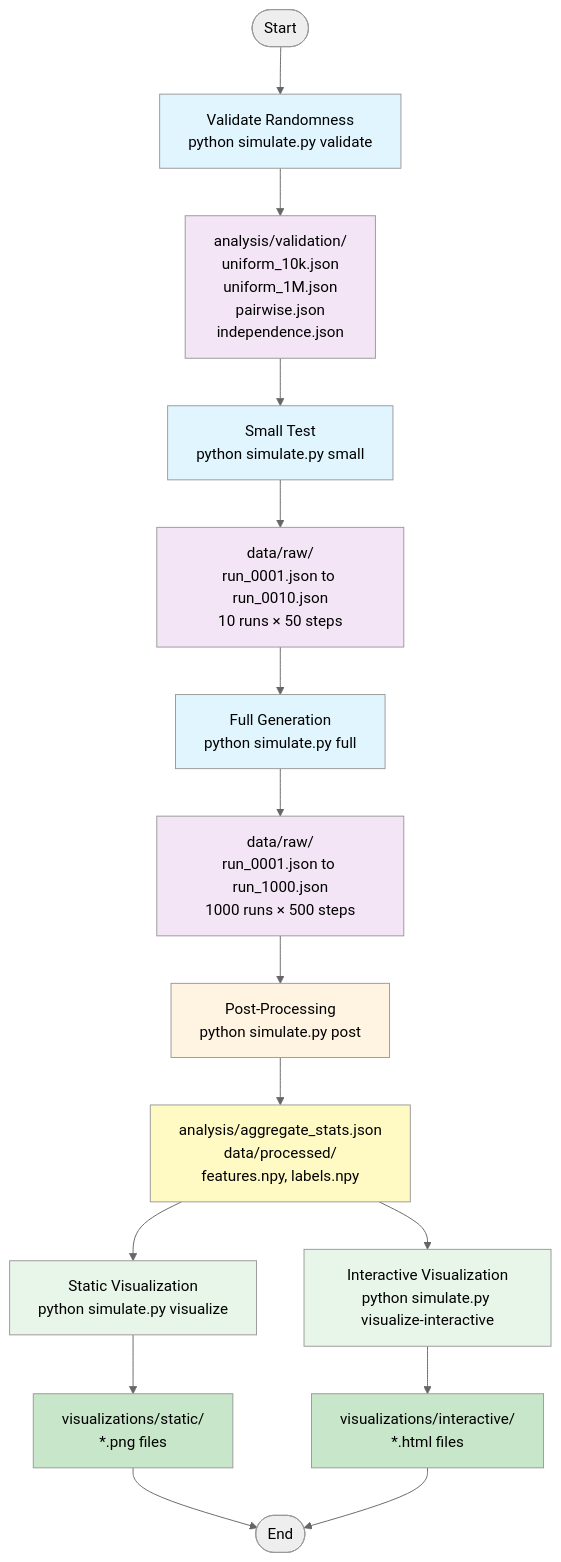
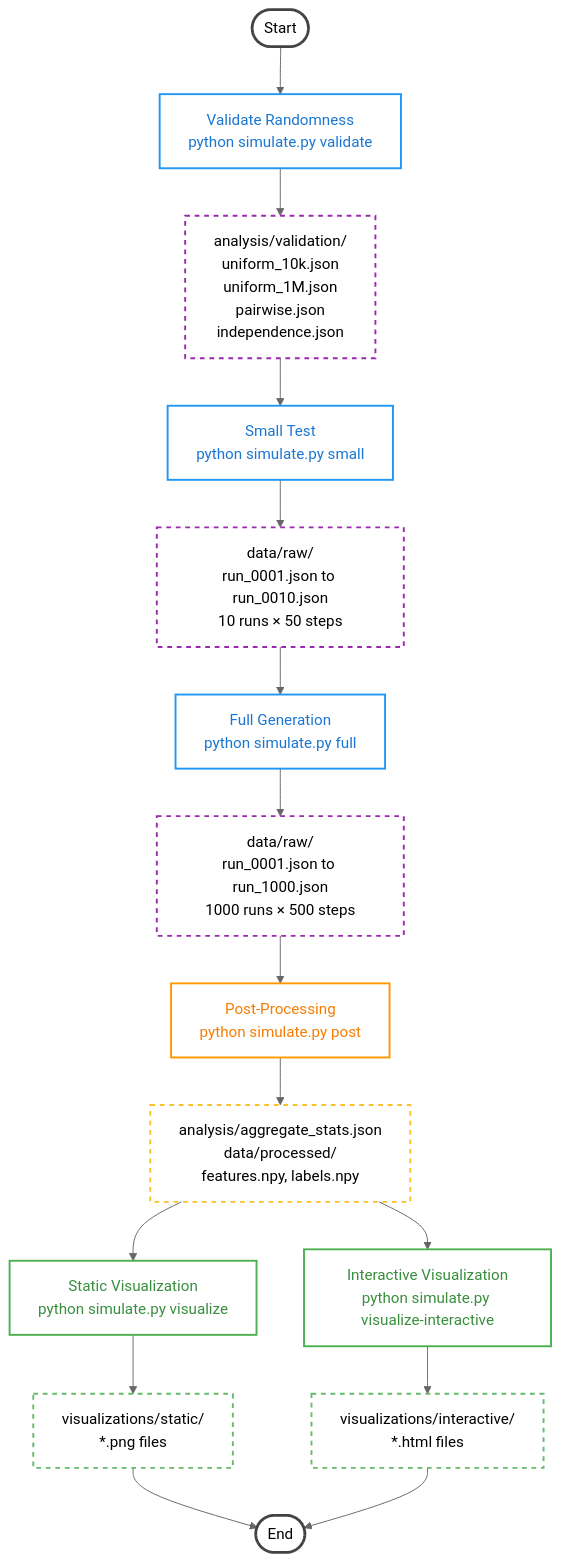
Before and after one commit to Brishian427/arrow-voting-simulator: the diagram in README.md, drawn with Mermaid (neutral theme).

Commit message:
Make mermaid diagram backgrounds transparent with colored borders

````diff
--- a/README.md
+++ b/README.md
@@ -24,36 +24,38 @@
 ```mermaid
 flowchart TD
     Start([Start]) --> Validate[Validate Randomness<br/>python simulate.py validate]
     Validate --> ValOutput[analysis/validation/<br/>uniform_10k.json<br/>uniform_1M.json<br/>pairwise.json<br/>independence.json]
     
     ValOutput --> Small[Small Test<br/>python simulate.py small]
     Small --> SmallOutput[data/raw/<br/>run_0001.json to run_0010.json<br/>10 runs × 50 steps]
     
     SmallOutput --> Full[Full Generation<br/>python simulate.py full]
     Full --> FullOutput[data/raw/<br/>run_0001.json to run_1000.json<br/>1000 runs × 500 steps]
     
     FullOutput --> Post[Post-Processing<br/>python simulate.py post]
     Post --> PostOutput[analysis/aggregate_stats.json<br/>data/processed/<br/>features.npy, labels.npy]
     
     PostOutput --> VizStatic[Static Visualization<br/>python simulate.py visualize]
     VizStatic --> StaticOutput[visualizations/static/<br/>*.png files]
     
     PostOutput --> VizInteractive[Interactive Visualization<br/>python simulate.py visualize-interactive]
     VizInteractive --> InteractiveOutput[visualizations/interactive/<br/>*.html files]
     
     StaticOutput --> End([End])
     InteractiveOutput --> End
     
-    style Validate fill:#e1f5ff
-    style Small fill:#e1f5ff
-    style Full fill:#e1f5ff
-    style Post fill:#fff4e1
-    style VizStatic fill:#e8f5e9
-    style VizInteractive fill:#e8f5e9
-    style ValOutput fill:#f3e5f5
-    style SmallOutput fill:#f3e5f5
-    style FullOutput fill:#f3e5f5
-    style PostOutput fill:#fff9c4
-    style StaticOutput fill:#c8e6c9
-    style InteractiveOutput fill:#c8e6c9
+    style Validate fill:transparent,stroke:#2196F3,stroke-width:2px,color:#1976D2
+    style Small fill:transparent,stroke:#2196F3,stroke-width:2px,color:#1976D2
+    style Full fill:transparent,stroke:#2196F3,stroke-width:2px,color:#1976D2
+    style Post fill:transparent,stroke:#FF9800,stroke-width:2px,color:#F57C00
+    style VizStatic fill:transparent,stroke:#4CAF50,stroke-width:2px,color:#388E3C
+    style VizInteractive fill:transparent,stroke:#4CAF50,stroke-width:2px,color:#388E3C
+    style ValOutput fill:transparent,stroke:#9C27B0,stroke-width:2px,stroke-dasharray: 5 5
+    style SmallOutput fill:transparent,stroke:#9C27B0,stroke-width:2px,stroke-dasharray: 5 5
+    style FullOutput fill:transparent,stroke:#9C27B0,stroke-width:2px,stroke-dasharray: 5 5
+    style PostOutput fill:transparent,stroke:#FBC02D,stroke-width:2px,stroke-dasharray: 5 5
+    style StaticOutput fill:transparent,stroke:#66BB6A,stroke-width:2px,stroke-dasharray: 5 5
+    style InteractiveOutput fill:transparent,stroke:#66BB6A,stroke-width:2px,stroke-dasharray: 5 5
+    style Start fill:transparent,stroke:#424242,stroke-width:3px
+    style End fill:transparent,stroke:#424242,stroke-width:3px
 ```
````
